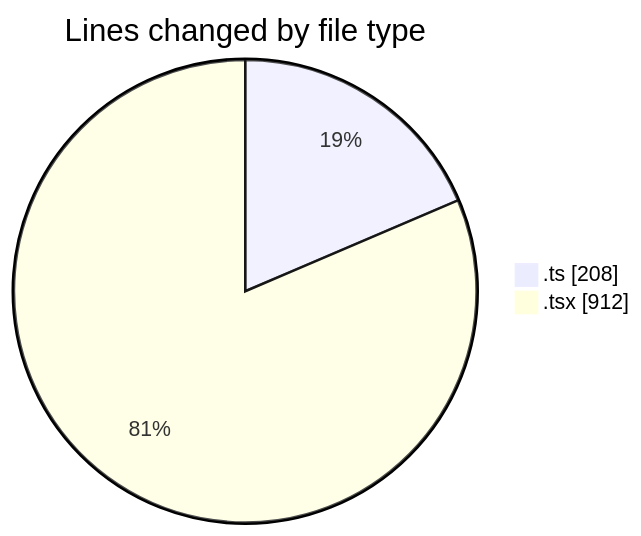
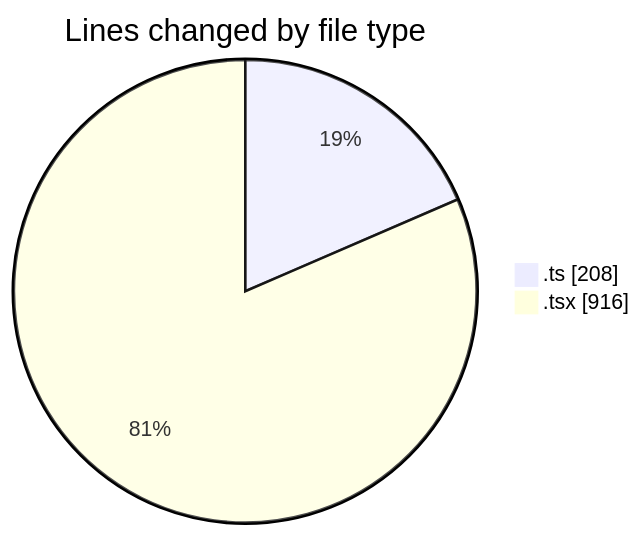
One commit to robertbonfada/code-tracking changed the first of 2 diagrams in 2025-01-27/termonied-web/README.md. Above: the diagram before and after it, drawn with Mermaid. The commit also changed other lines of this file and 1 other file, not shown here.

````diff
--- a/2025-01-27/termonied-web/README.md
+++ b/2025-01-27/termonied-web/README.md
@@ -25,6 +25,6 @@
 ```mermaid
 pie showData
 title Lines changed by file type
 ".ts" : 208
-".tsx" : 912
+".tsx" : 916
 ```
````
